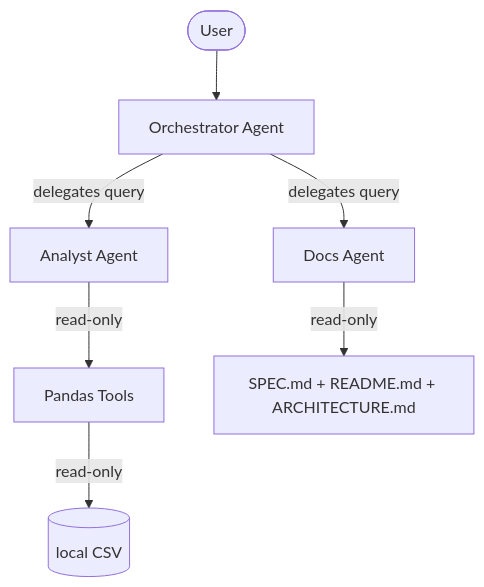
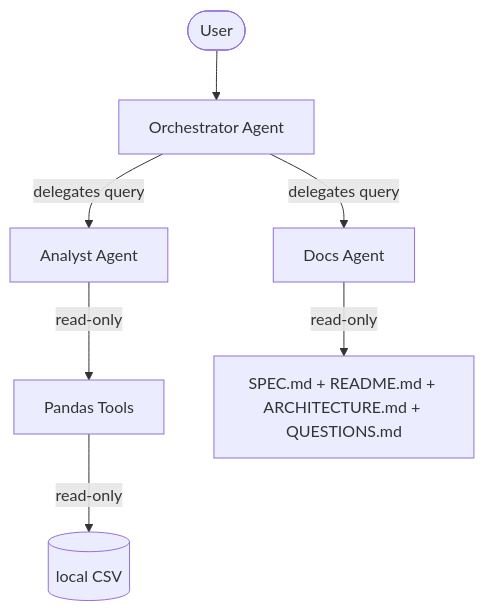
Before and after one commit to kenyonacton/dataset-docent: the diagram in ARCHITECTURE.md, drawn with Mermaid. The commit also changed other lines of this file and 20 other files, not shown here.

````diff
--- a/ARCHITECTURE.md
+++ b/ARCHITECTURE.md
@@ -5,9 +5,9 @@
 ```mermaid
 flowchart TD
     User([User]) --> Orchestrator[Orchestrator Agent]
     Orchestrator -->|delegates query| Analyst[Analyst Agent]
     Orchestrator -->|delegates query| Docs[Docs Agent]
     Analyst -->|read-only| Tools[Pandas Tools]
     Tools -->|read-only| CSV[(local CSV)]
-    Docs -->|read-only| Files[SPEC.md + README.md + ARCHITECTURE.md]
+    Docs -->|read-only| Files[SPEC.md + README.md + ARCHITECTURE.md + QUESTIONS.md]
 ```
````
